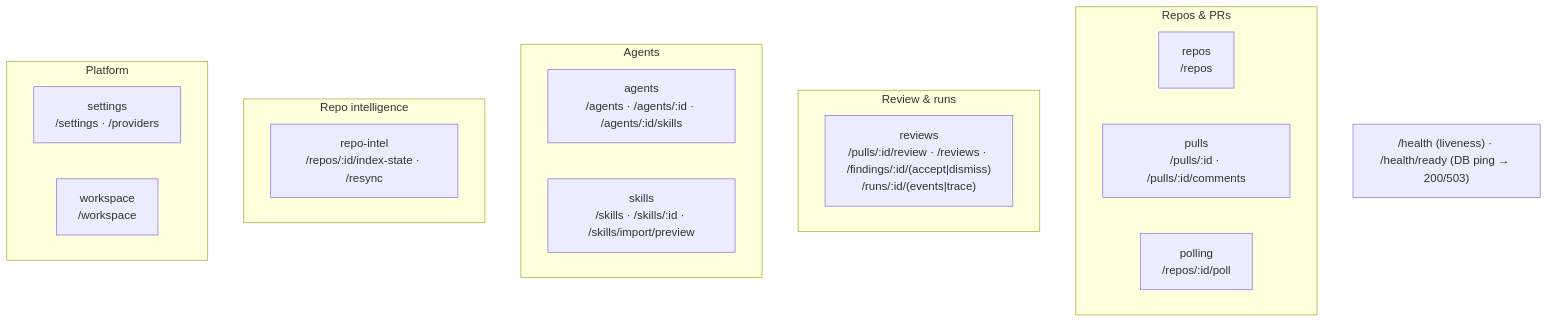
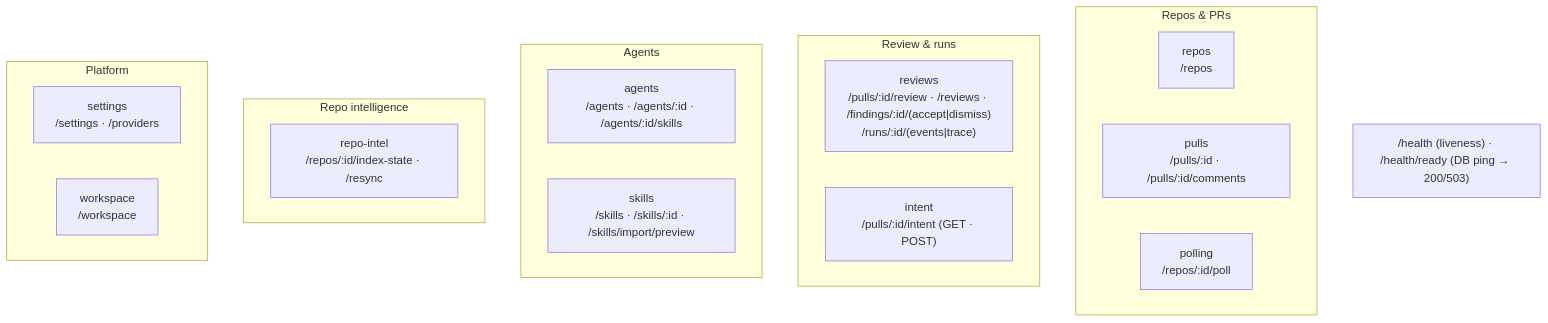
Before and after one commit to artemmmon/dev-digest: the second of 2 diagrams in server/README.md, drawn with Mermaid. The commit also changed other lines of this file and 90 other files, not shown here.

````diff
--- a/server/README.md
+++ b/server/README.md
@@ -69,23 +69,24 @@
 ```mermaid
 flowchart TB
   subgraph Repos_PRs["Repos & PRs"]
     repos["repos<br/>/repos"]
     pulls["pulls<br/>/pulls/:id · /pulls/:id/comments"]
     polling["polling<br/>/repos/:id/poll"]
   end
   subgraph Review["Review & runs"]
     reviews["reviews<br/>/pulls/:id/review · /reviews · /findings/:id/(accept|dismiss)<br/>/runs/:id/(events|trace)"]
+    intent["intent<br/>/pulls/:id/intent (GET · POST)"]
   end
   subgraph Agents["Agents"]
     agents["agents<br/>/agents · /agents/:id · /agents/:id/skills"]
     skills["skills<br/>/skills · /skills/:id · /skills/import/preview"]
   end
   subgraph Intel["Repo intelligence"]
     repoIntel["repo-intel<br/>/repos/:id/index-state · /resync"]
   end
   subgraph Platform["Platform"]
     settings["settings<br/>/settings · /providers"]
     workspace["workspace<br/>/workspace"]
   end
   HEALTH["/health (liveness) · /health/ready (DB ping → 200/503)"]
 ```
````
